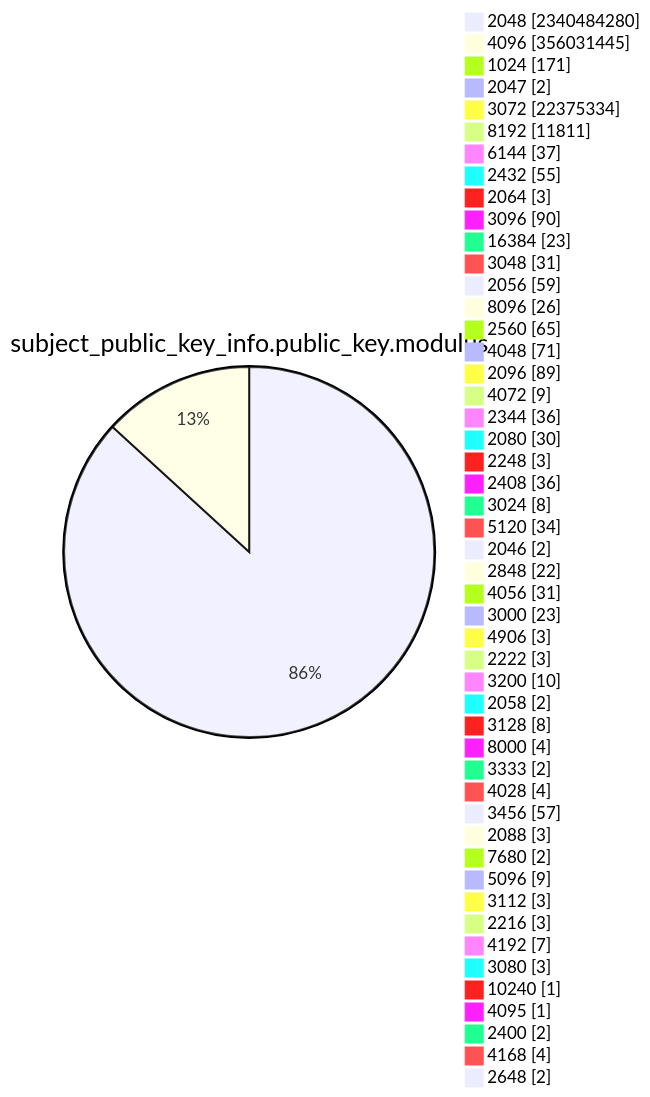
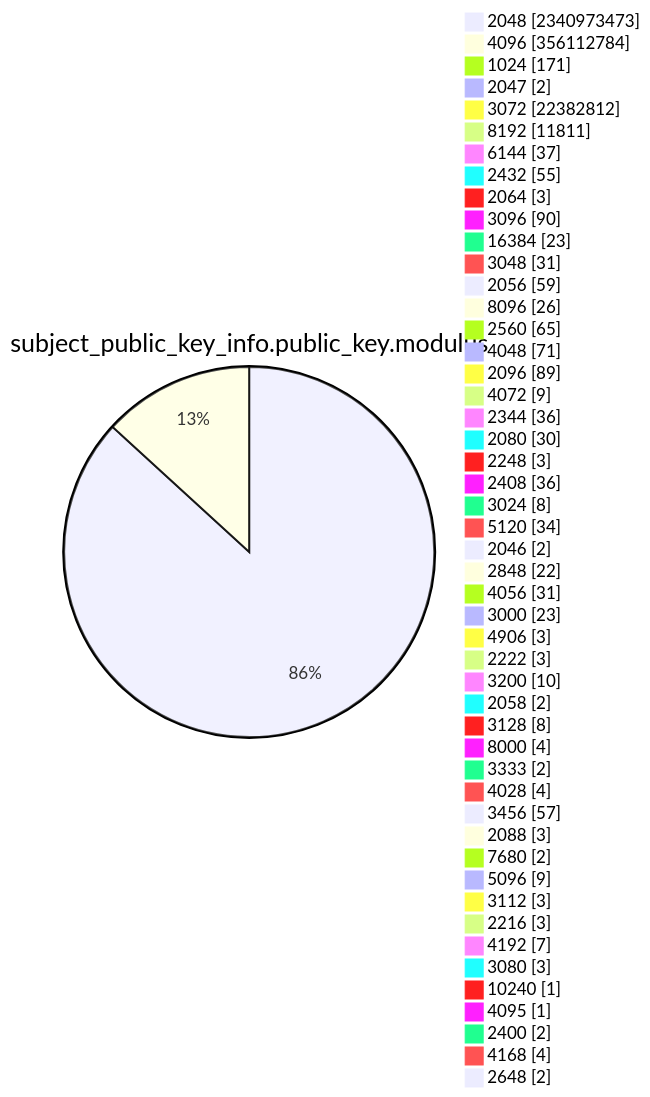
One commit to christiankrug/ctmonitor_visualization changed diagram 13 of 15 in TOTAL/README.md. Above: the diagram before and after it, drawn with Mermaid. The commit also changed other lines of this file, not shown here.

````diff
--- a/TOTAL/README.md
+++ b/TOTAL/README.md
@@ -4167,53 +4167,53 @@
 ```mermaid
 pie showData
 title subject_public_key_info.public_key.modulus
-"2048" :2340484280
-"4096" :356031445
+"2048" :2340973473
+"4096" :356112784
 "1024" :171
 "2047" :2
-"3072" :22375334
+"3072" :22382812
 "8192" :11811
 "6144" :37
 "2432" :55
 "2064" :3
 "3096" :90
 "16384" :23
 "3048" :31
 "2056" :59
 "8096" :26
 "2560" :65
 "4048" :71
 "2096" :89
 "4072" :9
 "2344" :36
 "2080" :30
 "2248" :3
 "2408" :36
 "3024" :8
 "5120" :34
 "2046" :2
 "2848" :22
 "4056" :31
 "3000" :23
 "4906" :3
 "2222" :3
 "3200" :10
 "2058" :2
 "3128" :8
 "8000" :4
 "3333" :2
 "4028" :4
 "3456" :57
 "2088" :3
 "7680" :2
 "5096" :9
 "3112" :3
 "2216" :3
 "4192" :7
 "3080" :3
 "10240" :1
 "4095" :1
 "2400" :2
 "4168" :4
 "2648" :2
 ```
````
